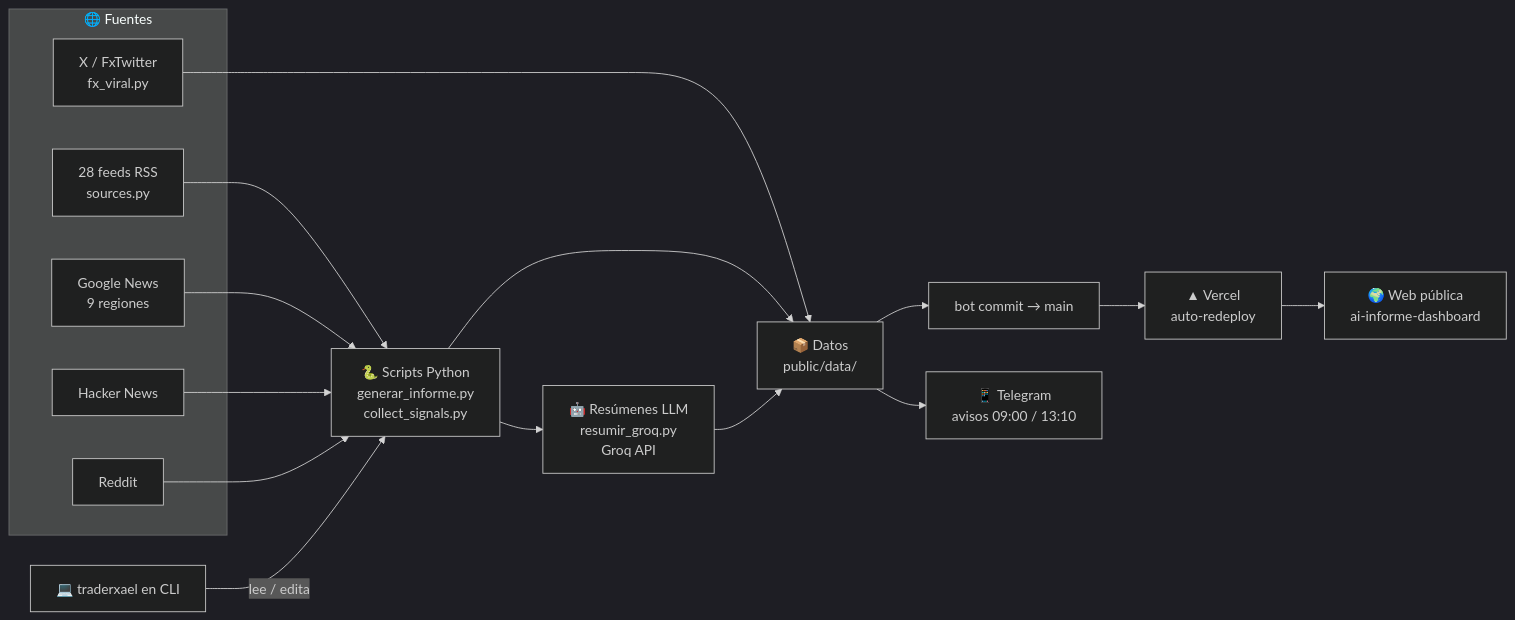
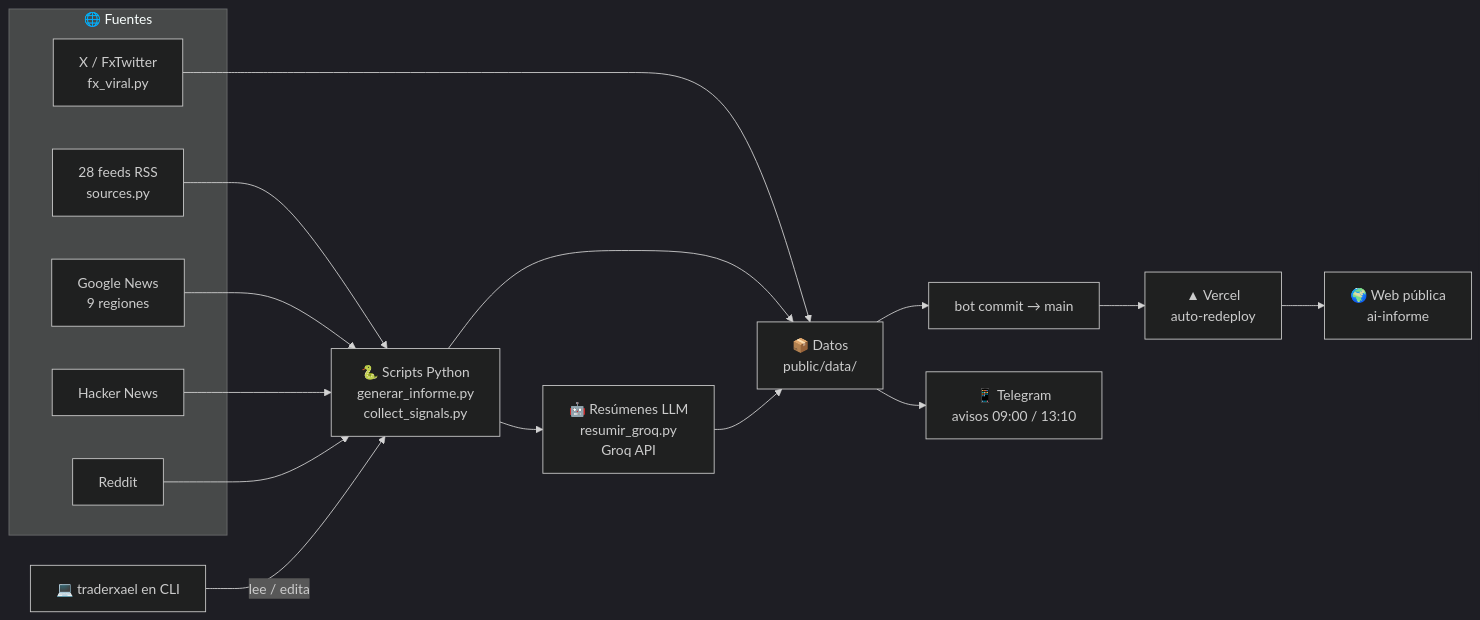
One commit to traderxael/AI-Informe- changed the diagram in docs/diagramas/arquitectura.mmd. Above: the diagram before and after it, drawn with Mermaid (dark theme). The commit also changed 2 other files, not shown here.

Commit message:
fix: corrige URL obsoleta del sitio en codigo y docs (ai-informe-dashboard -> ai-informe)

```diff
--- a/docs/diagramas/arquitectura.mmd
+++ b/docs/diagramas/arquitectura.mmd
@@ -1,30 +1,30 @@
 flowchart LR
     subgraph FUENTES["🌐 Fuentes"]
         RSS["28 feeds RSS<br/>sources.py"]
         GN["Google News<br/>9 regiones"]
         HN["Hacker News"]
         RD["Reddit"]
         FX["X / FxTwitter<br/>fx_viral.py"]
     end
     SCRIPTS["🐍 Scripts Python<br/>generar_informe.py<br/>collect_signals.py"]
     LLM["🤖 Resúmenes LLM<br/>resumir_groq.py<br/>Groq API"]
     DATA["📦 Datos<br/>public/data/"]
     COMMIT["bot commit → main"]
     VERCEL["▲ Vercel<br/>auto-redeploy"]
     TG["📱 Telegram<br/>avisos 09:00 / 13:10"]
-    SITE["🌍 Web pública<br/>ai-informe-dashboard"]
+    SITE["🌍 Web pública<br/>ai-informe"]
     CLI["💻 traderxael en CLI"]
 
     RSS --> SCRIPTS
     GN --> SCRIPTS
     HN --> SCRIPTS
     RD --> SCRIPTS
     FX --> DATA
     SCRIPTS --> DATA
     SCRIPTS --> LLM
     LLM --> DATA
     DATA --> COMMIT
     COMMIT --> VERCEL
     VERCEL --> SITE
     DATA --> TG
     CLI -->|"lee / edita"| SCRIPTS
```
